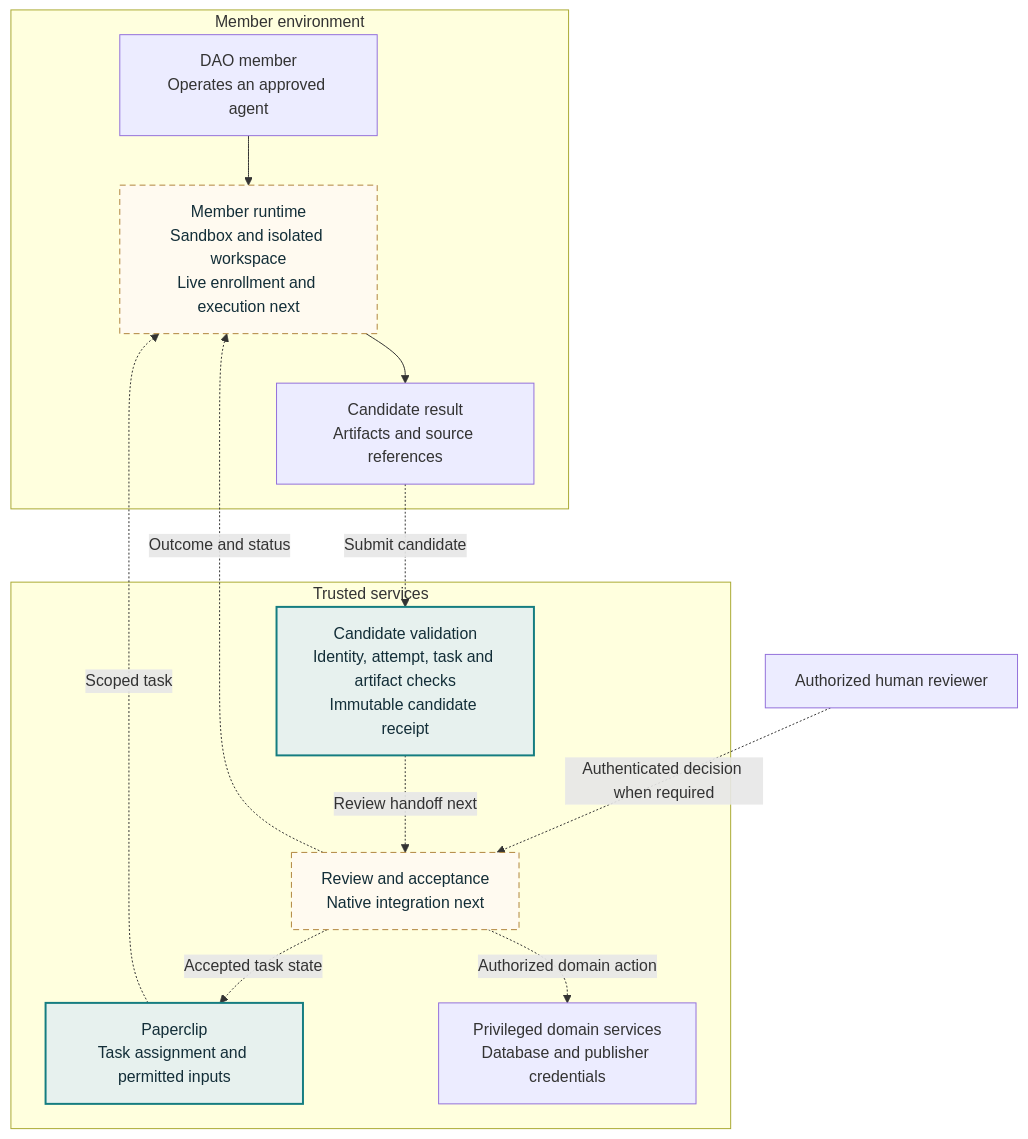
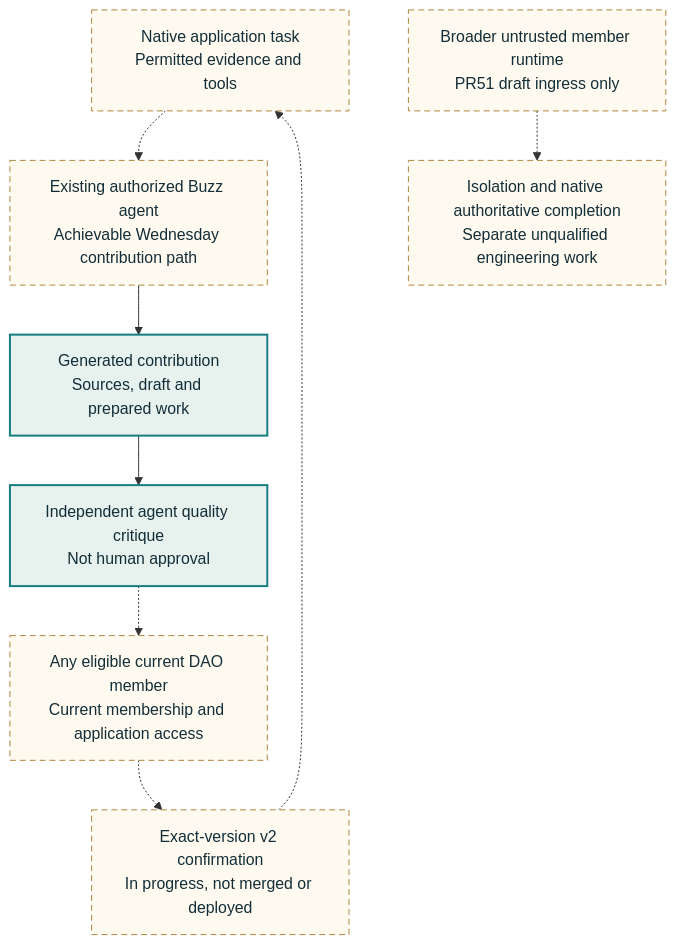
The diagram in docs/architecture/diagrams/member-execution.mmd (NetRxn/Inertia), drawn with Mermaid before and after one commit. The commit also changed 22 other files, not shown here.

Commit message:
docs: synchronize current member and Wednesday handoff contracts

```diff
--- a/docs/architecture/diagrams/member-execution.mmd
+++ b/docs/architecture/diagrams/member-execution.mmd
@@ -1,25 +1,15 @@
 flowchart TB
- subgraph M[Member environment]
- U["DAO member<br/>Operates an approved agent"] --> E["Member runtime<br/>Sandbox and isolated workspace<br/>Live enrollment and execution next"]
- E --> P["Candidate result<br/>Artifacts and source references"]
- end
- subgraph T[Trusted services]
- PC["Paperclip<br/>Task assignment and permitted inputs"]
- V["Candidate validation<br/>Identity, attempt, task and artifact checks<br/>Immutable candidate receipt"]
- A["Review and acceptance<br/>Native integration next"]
- D["Privileged domain services<br/>Database and publisher credentials"]
- V -.->|Review handoff next| A
- A -.->|Authorized domain action| D
- end
- PC -.->|Scoped task| E
- P -.->|Submit candidate| V
- H["Authorized human reviewer"] -.->|Authenticated decision when required| A
- A -.->|Outcome and status| E
- A -.->|Accepted task state| PC
- class PC,V core
- class E,A planned
+ T["Native application task<br/>Permitted evidence and tools"] -.-> A["Existing authorized Buzz agent<br/>Achievable Wednesday contribution path"]
+ A --> C["Generated contribution<br/>Sources, draft and prepared work"]
+ C --> Q["Independent agent quality critique<br/>Not human approval"]
+ Q -.-> H["Any eligible current DAO member<br/>Current membership and application access"]
+ H -.-> V["Exact-version v2 confirmation<br/>In progress, not merged or deployed"]
+ V -.-> T
+ D["Broader untrusted member runtime<br/>PR51 draft ingress only"] -.-> F["Isolation and native authoritative completion<br/>Separate unqualified engineering work"]
+ class C,Q core
+ class T,A,H,V,D,F planned
 
  classDef core fill:#e7f1ee,stroke:#157d80,color:#132e38,stroke-width:2px
  classDef planned fill:#fffaf0,stroke:#b1853e,color:#132e38,stroke-dasharray:6 4
  classDef reviewed fill:#f5f0ff,stroke:#8064a2,color:#132e38
  classDef store fill:#edf2f7,stroke:#61788b,color:#132e38
```
